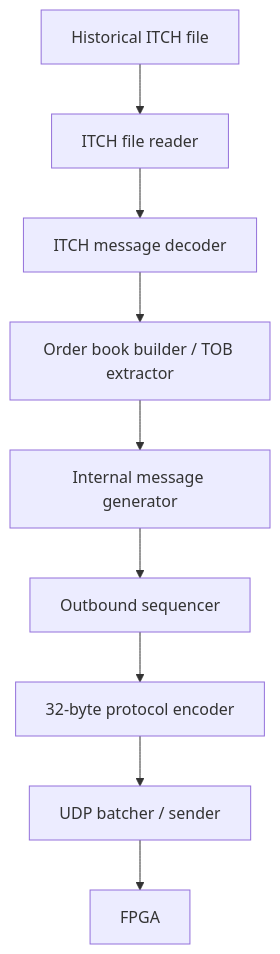
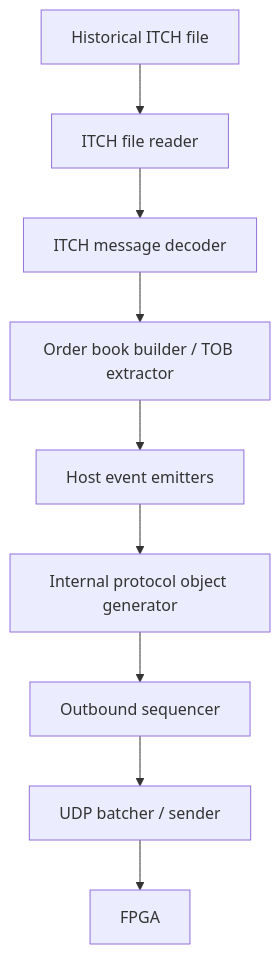
One commit to darrenwae/FPGA-market-gateway changed the diagram in docs/host_architecture_v0.md. Above: the diagram before and after it, drawn with Mermaid. The commit also changed other lines of this file, not shown here.

Commit message:
Update host architecture to match encoded object pipeline

````diff
--- a/docs/host_architecture_v0.md
+++ b/docs/host_architecture_v0.md
@@ -11,21 +11,21 @@
 ```mermaid
 flowchart TB
     A[Historical ITCH file]
     B[ITCH file reader]
     C[ITCH message decoder]
     D[Order book builder / TOB extractor]
-    E[Internal message generator]
-    F[Outbound sequencer]
-    G[32-byte protocol encoder]
+    E[Host event emitters]
+    F[Internal protocol object generator]
+    G[Outbound sequencer]
     H[UDP batcher / sender]
     I[FPGA]
 
     A --> B
     B --> C
     C --> D
     D --> E
     E --> F
     F --> G
     G --> H
     H --> I
 ```
````
